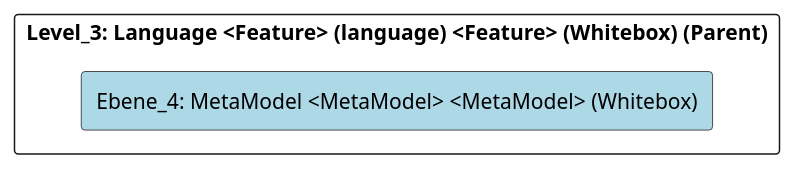
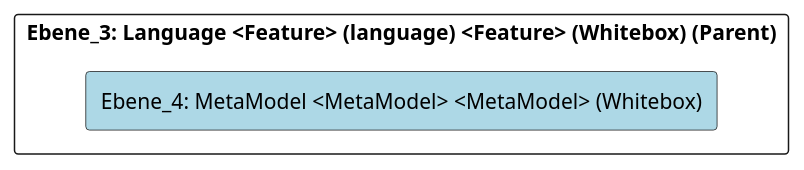
The diagram in doc/cleonproject_deliverables_architecture_model_architecture/adoc/de/05_bausteinsicht/cleon/common/language/metamodel/ebene_4_metamodel.adoc (marcozwyssig/cleon), drawn with PlantUML before and after one commit. The commit also changed other lines of this file and 620 other files, not shown here.

```diff
--- a/doc/cleonproject_deliverables_architecture_model_architecture/adoc/de/05_bausteinsicht/cleon/common/language/metamodel/ebene_4_metamodel.adoc
+++ b/doc/cleonproject_deliverables_architecture_model_architecture/adoc/de/05_bausteinsicht/cleon/common/language/metamodel/ebene_4_metamodel.adoc
@@ -20,24 +20,24 @@
 [plantuml, Ebene_4: MetaModel <MetaModel> <MetaModel> (Whitebox)BlockOverview, format="svg"]
 ----
 @startuml Ebene_4: MetaModel <MetaModel> <MetaModel> (Whitebox)BuildingBlockOverview
 
 skinparam ranksep 10
 skinparam componentStyle rectangle
 skinparam shadowing false
 skinparam arrowColor lightblue
 skinparam arrowThickness 1.2
 skinparam rectangle {
   BackgroundColor White
   BorderColor #333
   RoundCorner 10
 }
 top to bottom direction
 
-component "Level_3: Language <Feature> (language) <Feature> (Whitebox) (Parent)" {
+component "Ebene_3: Language <Feature> (language) <Feature> (Whitebox) (Parent)" {
     component "Ebene_4: MetaModel <MetaModel> <MetaModel> (Whitebox)" #lightblue {
     }
 
 }
 
 @enduml
 ----
```
